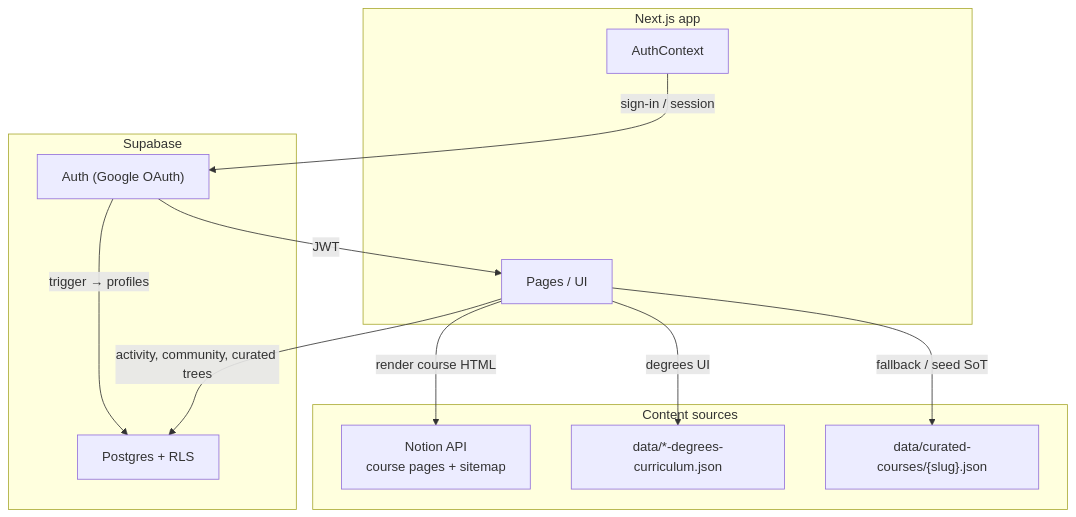
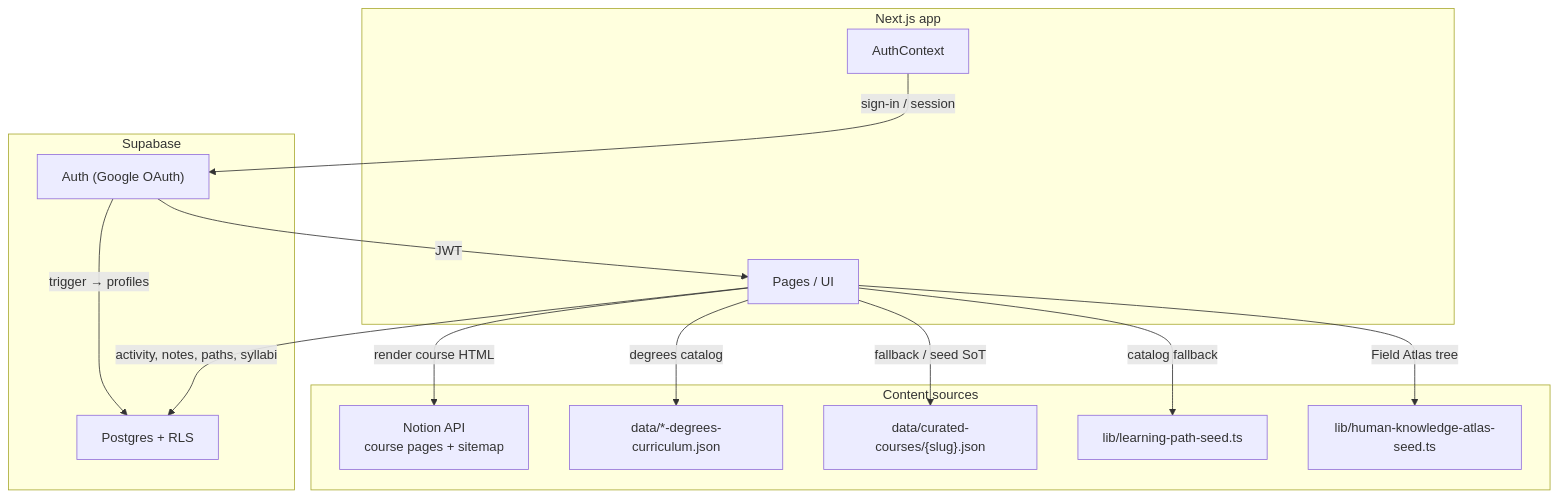
Before and after one commit to coursetexts/notion-site: the first of 4 diagrams in docs/architecture.md, drawn with Mermaid. The commit also changed other lines of this file and 80 other files, not shown here.

Commit message:
changes to the homepage explainer and community explainer, everything is now a learning path

````diff
--- a/docs/architecture.md
+++ b/docs/architecture.md
@@ -11,26 +14,30 @@
 ```mermaid
 flowchart TB
   subgraph Client["Next.js app"]
     Pages["Pages / UI"]
     AuthCtx["AuthContext"]
   end
 
   subgraph Content["Content sources"]
     Notion["Notion API<br/>course pages + sitemap"]
     DegreesJSON["data/*-degrees-curriculum.json"]
     CuratedJSON["data/curated-courses/{slug}.json"]
+    PathSeed["lib/learning-path-seed.ts"]
+    AtlasSeed["lib/human-knowledge-atlas-seed.ts"]
   end
 
   subgraph Supabase["Supabase"]
     Auth["Auth (Google OAuth)"]
     DB["Postgres + RLS"]
   end
 
   Pages -->|"render course HTML"| Notion
-  Pages -->|"degrees UI"| DegreesJSON
+  Pages -->|"degrees catalog"| DegreesJSON
   Pages -->|"fallback / seed SoT"| CuratedJSON
-  Pages -->|"activity, community, curated trees"| DB
+  Pages -->|"catalog fallback"| PathSeed
+  Pages -->|"Field Atlas tree"| AtlasSeed
+  Pages -->|"activity, notes, paths, syllabi"| DB
   AuthCtx -->|"sign-in / session"| Auth
   Auth -->|"JWT"| Pages
   Auth -->|"trigger → profiles"| DB
 ```
````
